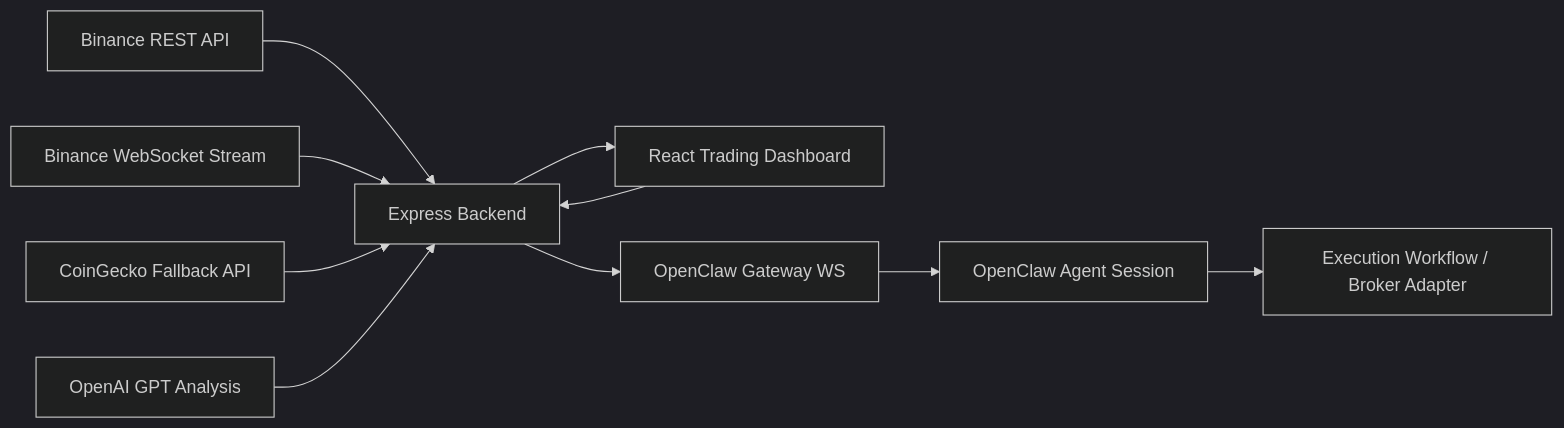
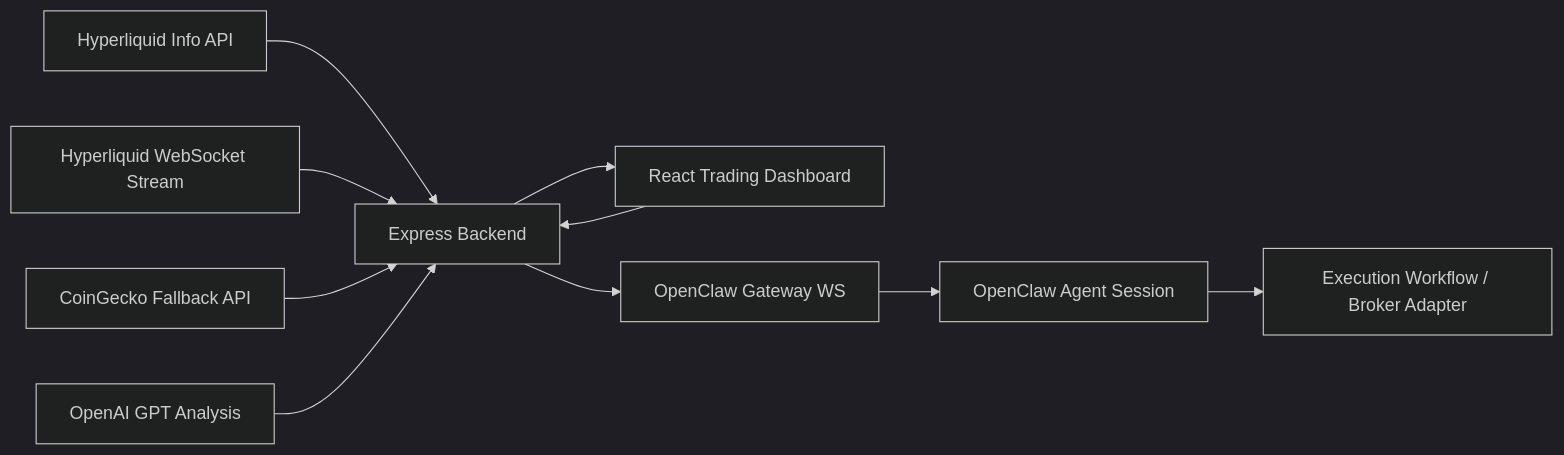
One commit to Irvanfauzi2406/openclaw-ai-trader-hackathon changed the diagram in README.md. Above: the diagram before and after it, drawn with Mermaid (dark theme). The commit also changed other lines of this file and 3 other files, not shown here.

````diff
--- a/README.md
+++ b/README.md
@@ -195,12 +199,12 @@
 ```mermaid
 flowchart LR
-    A[Binance REST API] --> B[Express Backend]
-    C[Binance WebSocket Stream] --> B
+    A[Hyperliquid Info API] --> B[Express Backend]
+    C[Hyperliquid WebSocket Stream] --> B
     D[CoinGecko Fallback API] --> B
     E[OpenAI GPT Analysis] --> B
     B --> F[React Trading Dashboard]
     F --> B
     B --> G[OpenClaw Gateway WS]
     G --> H[OpenClaw Agent Session]
     H --> I[Execution Workflow / Broker Adapter]
 ```
````
